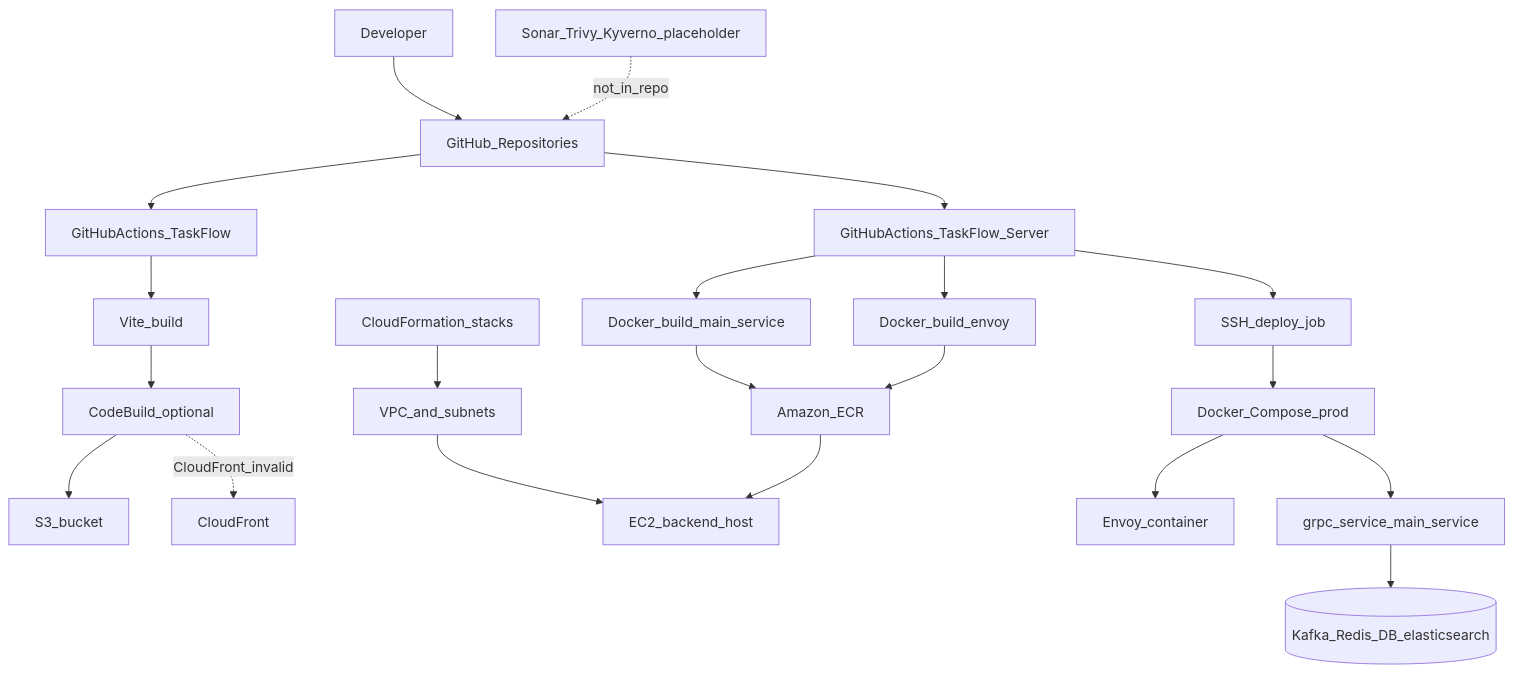
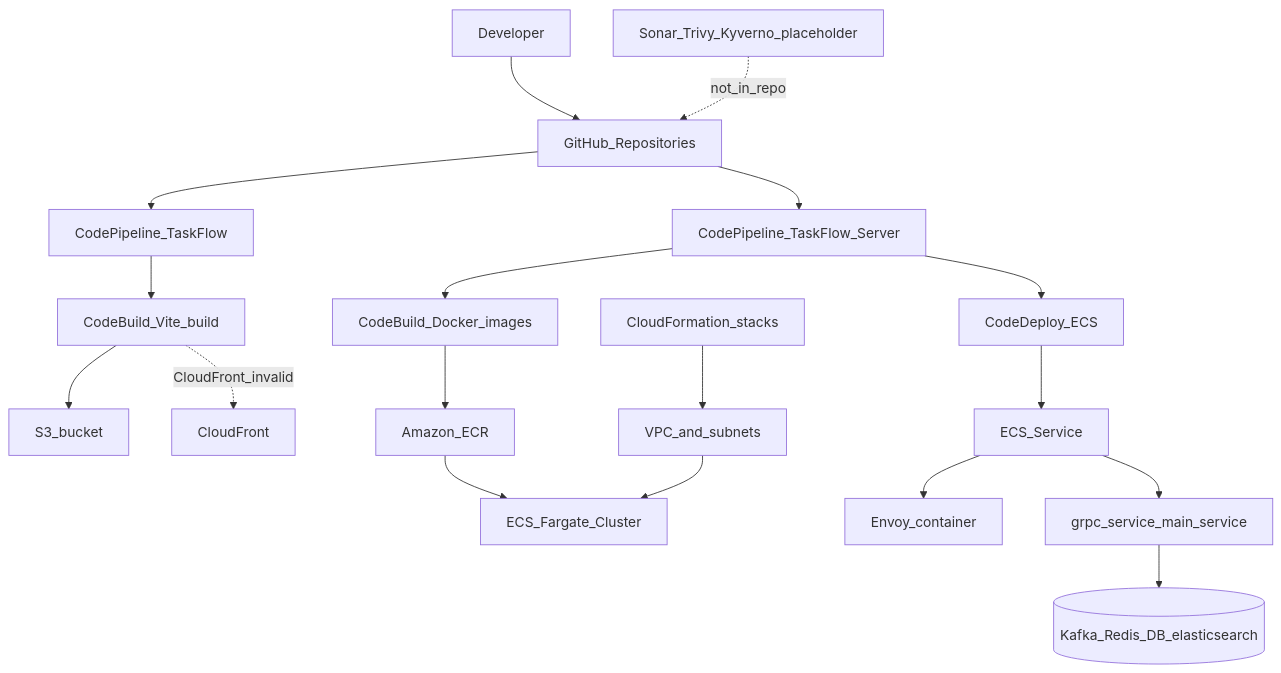
The first of 3 diagrams in README.md (thangshelby/TaskFlow-Server), drawn with Mermaid before and after one commit. The commit also changed other lines of this file, not shown here.

````diff
--- a/README.md
+++ b/README.md
@@ -62,31 +62,28 @@
 ```mermaid
 flowchart TB
   dev[Developer] --> git[GitHub_Repositories]
-  git --> gha_fe[GitHubActions_TaskFlow]
-  git --> gha_be[GitHubActions_TaskFlow_Server]
+  git --> cp_fe[CodePipeline_TaskFlow]
+  git --> cp_be[CodePipeline_TaskFlow_Server]
 
-  gha_fe --> build_fe[Vite_build]
-  build_fe --> cb_fe[CodeBuild_optional]
+  cp_fe --> cb_fe[CodeBuild_Vite_build]
   cb_fe --> s3[S3_bucket]
 
-  gha_be --> docker_be[Docker_build_main_service]
-  gha_be --> docker_env[Docker_build_envoy]
-  docker_be --> ecr[Amazon_ECR]
-  docker_env --> ecr
+  cp_be --> cb_be[CodeBuild_Docker_images]
+  cb_be --> ecr[Amazon_ECR]
 
   cb_fe -. CloudFront_invalid .-> cf[CloudFront]
 
   cfn[CloudFormation_stacks] --> vpc[VPC_and_subnets]
-  vpc --> ec2[EC2_backend_host]
+  vpc --> ecs[ECS_Fargate_Cluster]
 
-  ecr --> ec2
-  gha_be --> ssh[SSH_deploy_job]
-  ssh --> compose[Docker_Compose_prod]
+  ecr --> ecs
+  cp_be --> cd_be[CodeDeploy_ECS]
+  cd_be --> ecs_service[ECS_Service]
 
-  compose --> envoy[Envoy_container]
-  compose --> grpc[grpc_service_main_service]
+  ecs_service --> envoy[Envoy_container]
+  ecs_service --> grpc[grpc_service_main_service]
 
   grpc --> deps[(Kafka_Redis_DB_elasticsearch)]
 
   sec_future[Sonar_Trivy_Kyverno_placeholder] -. not_in_repo .-> git
 ```
````
